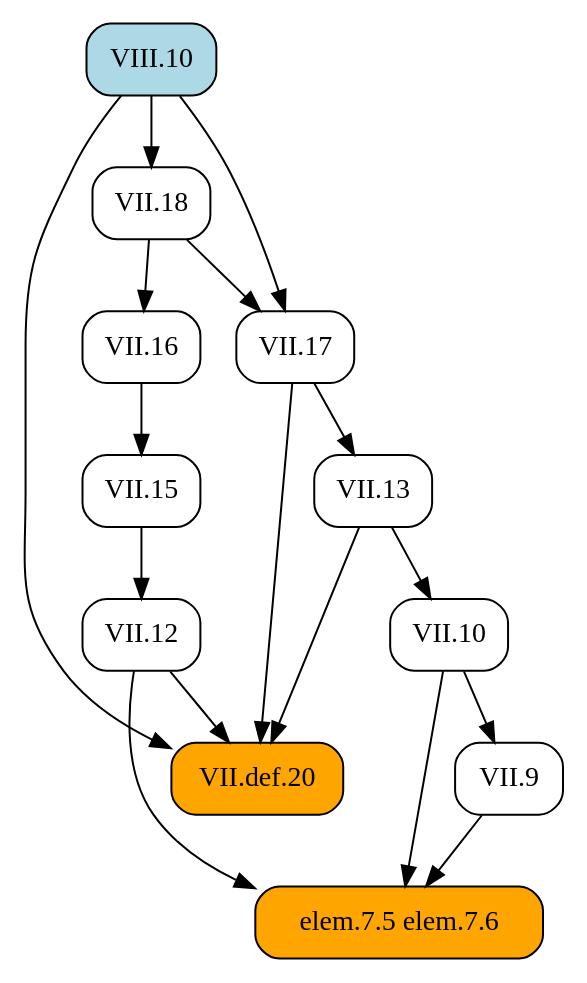
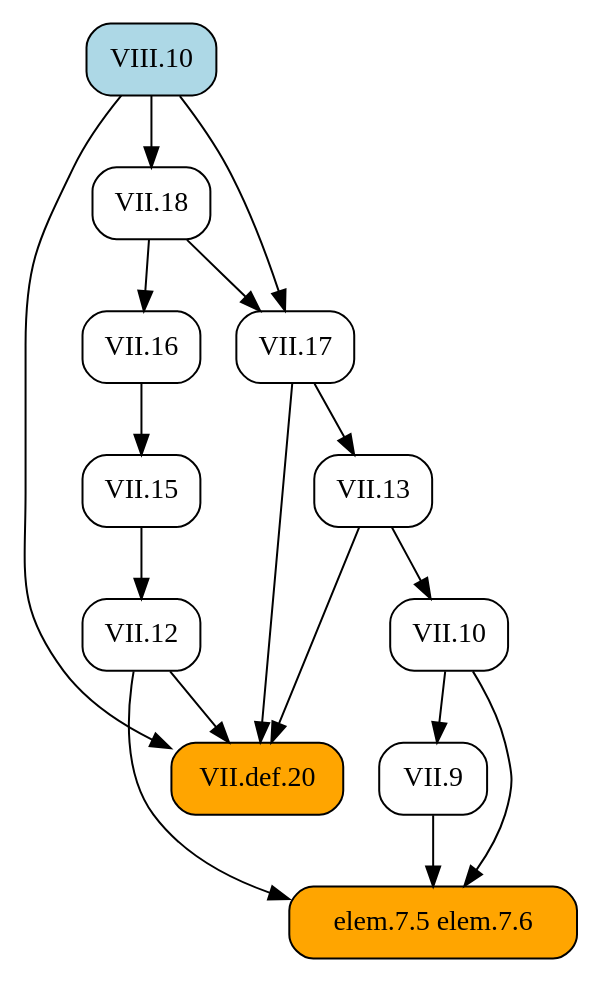
The diagram in docsrc/heath/VIII/10/index.rst (geometor/elements), drawn with Graphviz before and after one commit. The commit also changed other lines of this file and 484 other files, not shown here.

```diff
--- a/docsrc/heath/VIII/10/index.rst
+++ b/docsrc/heath/VIII/10/index.rst
@@ -74,33 +74,33 @@
 .. graphviz::
 
    digraph {
      rankdir="TB";
      node [shape=box, style=rounded];
+     "VII.13" [URL="/heath/VII/13/", target="_top"];
+     "VII.12" [URL="/heath/VII/12/", target="_top"];
      "elem.7.5 elem.7.6" [style="rounded,filled", fillcolor=orange];
-     "VII.10" [URL="/heath/VII/10/", target="_top"];
      "VII.9" [URL="/heath/VII/9/", target="_top"];
      "VII.18" [URL="/heath/VII/18/", target="_top"];
-     "VII.13" [URL="/heath/VII/13/", target="_top"];
      "VII.16" [URL="/heath/VII/16/", target="_top"];
-     "VII.12" [URL="/heath/VII/12/", target="_top"];
+     "VIII.10" [style="rounded,filled", fillcolor=lightblue, URL="/heath/VIII/10/", target="_top"];
+     "VII.17" [URL="/heath/VII/17/", target="_top"];
+     "VII.def.20" [style="rounded,filled", fillcolor=orange, URL="/heath/VII/def.20/", target="_top"];
      "VII.15" [URL="/heath/VII/15/", target="_top"];
-     "VIII.10" [style="rounded,filled", fillcolor=lightblue, URL="/heath/VIII/10/", target="_top"];
-     "VII.def.20" [style="rounded,filled", fillcolor=orange, URL="/heath/VII/def.20/", target="_top"];
-     "VII.17" [URL="/heath/VII/17/", target="_top"];
+     "VII.10" [URL="/heath/VII/10/", target="_top"];
+     "VII.17" -> "VII.13";
+     "VII.15" -> "VII.12";
      "VII.9" -> "elem.7.5 elem.7.6";
      "VII.10" -> "elem.7.5 elem.7.6";
      "VII.12" -> "elem.7.5 elem.7.6";
-     "VII.13" -> "VII.10";
      "VII.10" -> "VII.9";
      "VIII.10" -> "VII.18";
-     "VII.17" -> "VII.13";
      "VII.18" -> "VII.16";
-     "VII.15" -> "VII.12";
-     "VII.16" -> "VII.15";
+     "VII.18" -> "VII.17";
+     "VIII.10" -> "VII.17";
      "VII.12" -> "VII.def.20";
      "VII.13" -> "VII.def.20";
      "VII.17" -> "VII.def.20";
      "VIII.10" -> "VII.def.20";
-     "VII.18" -> "VII.17";
-     "VIII.10" -> "VII.17";
+     "VII.16" -> "VII.15";
+     "VII.13" -> "VII.10";
    }
```
